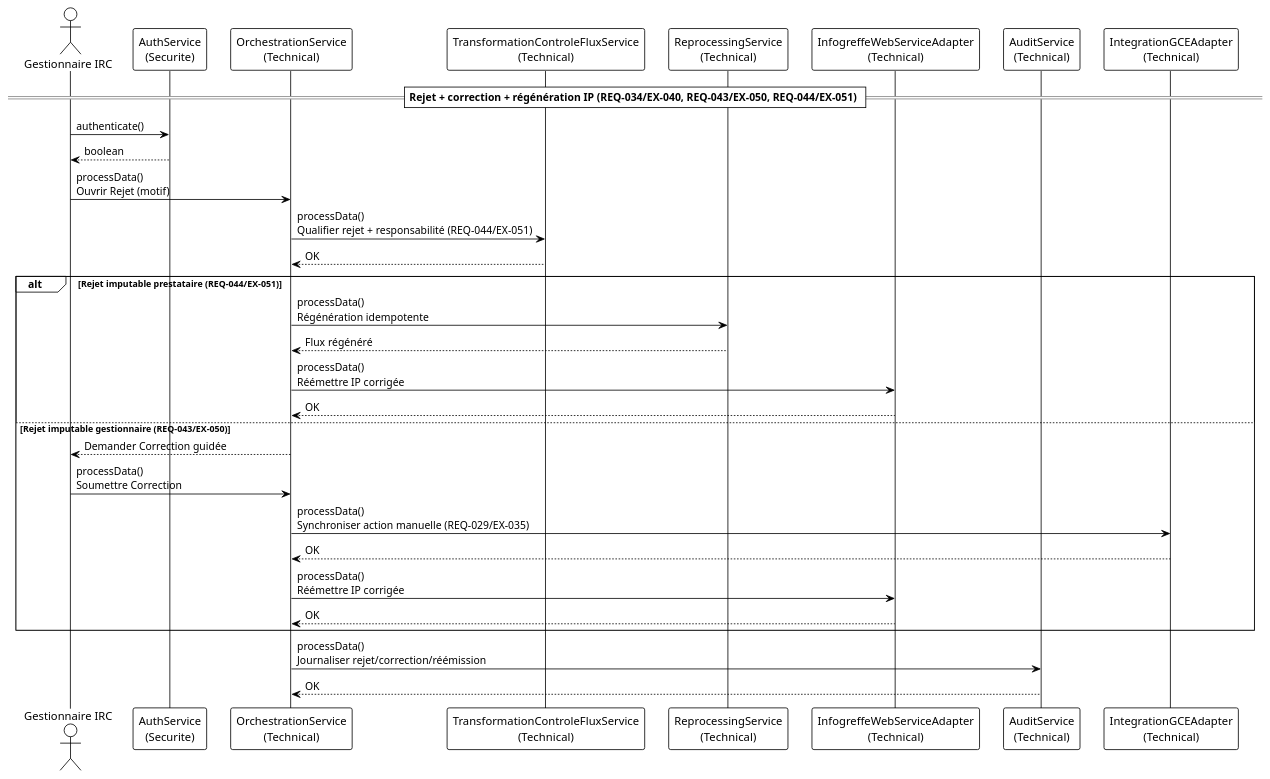
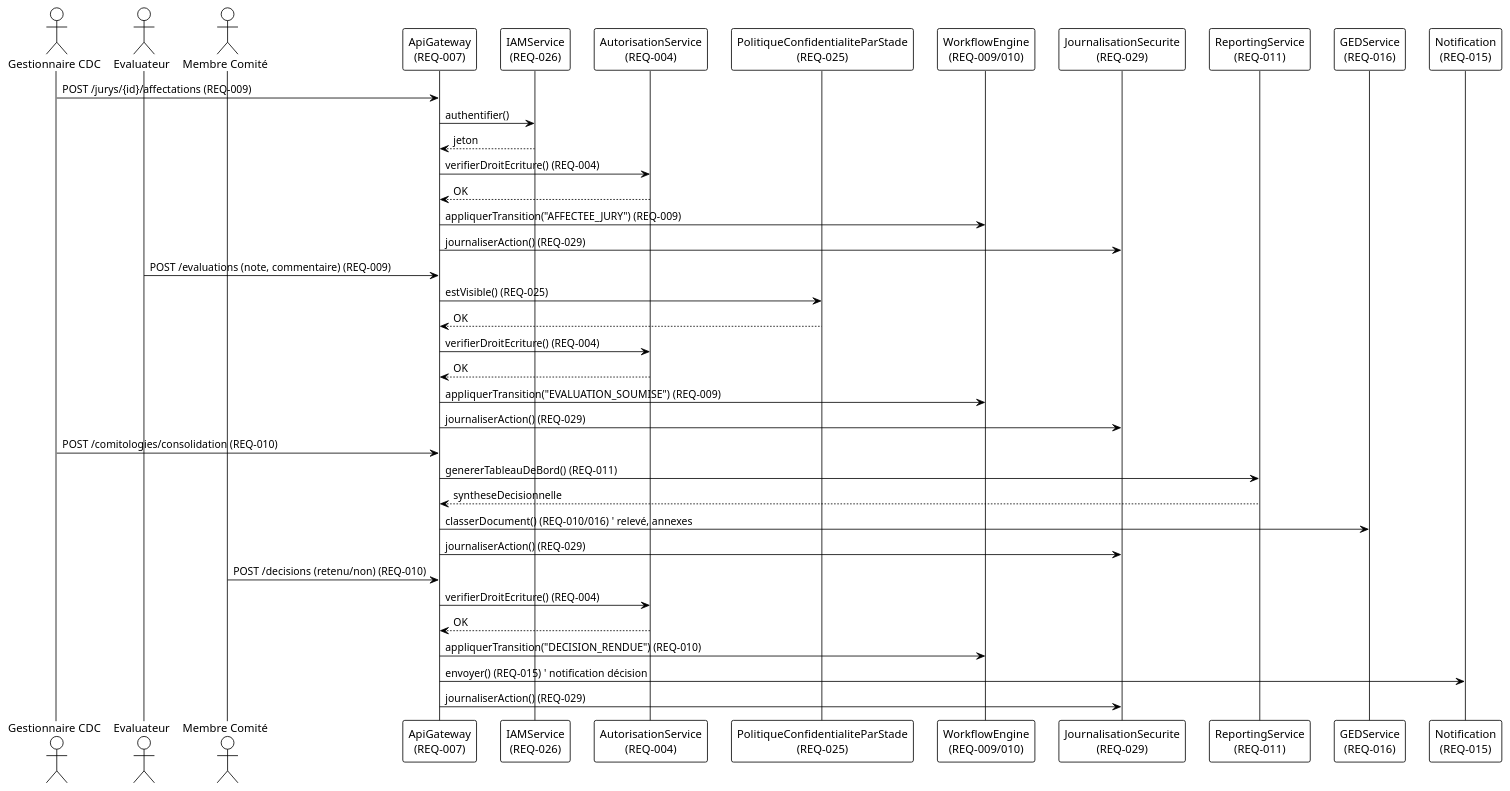
Before and after one commit to Modelio-R-D/ModelioAlchemist: the fourth of 6 diagrams in output/modele_donnees.puml, drawn with PlantUML. The commit also changed other lines of this file and 46 other files, not shown here.

```diff
--- a/output/modele_donnees.puml
+++ b/output/modele_donnees.puml
@@ -644,38 +783,47 @@
-@startuml Sequence_IP_Rejet_Regeneration
+@startuml Sequence_Evaluation_Decision
 !theme plain
 
-actor "Gestionnaire IRC" as Gestionnaire
-participant "AuthService\n(Securite)" as Auth
-participant "OrchestrationService\n(Technical)" as Orch
-participant "TransformationControleFluxService\n(Technical)" as Ctrl
-participant "ReprocessingService\n(Technical)" as Reproc
-participant "InfogreffeWebServiceAdapter\n(Technical)" as InfoG
-participant "AuditService\n(Technical)" as Audit
-participant "IntegrationGCEAdapter\n(Technical)" as GCE
+actor "Gestionnaire CDC" as Gestionnaire
+actor "Evaluateur" as Evaluateur
+actor "Membre Comité" as Comite
 
-== Rejet + correction + régénération IP (REQ-034/EX-040, REQ-043/EX-050, REQ-044/EX-051) ==
-Gestionnaire -> Auth : authenticate()
-Auth --> Gestionnaire : boolean
+participant "ApiGateway\n(REQ-007)" as API
+participant "IAMService\n(REQ-026)" as IAM
+participant "AutorisationService\n(REQ-004)" as AUTHZ
+participant "PolitiqueConfidentialiteParStade\n(REQ-025)" as CONF
+participant "WorkflowEngine\n(REQ-009/010)" as BPM
+participant "JournalisationSecurite\n(REQ-029)" as LOG
+participant "ReportingService\n(REQ-011)" as BI
+participant "GEDService\n(REQ-016)" as GED
+participant "Notification\n(REQ-015)" as NOTIF
 
-Gestionnaire -> Orch : processData()\nOuvrir Rejet (motif)
-Orch -> Ctrl : processData()\nQualifier rejet + responsabilité (REQ-044/EX-051)
-Ctrl --> Orch : OK
+Gestionnaire -> API : POST /jurys/{id}/affectations (REQ-009)
+API -> IAM : authentifier()
+IAM --> API : jeton
+API -> AUTHZ : verifierDroitEcriture() (REQ-004)
+AUTHZ --> API : OK
+API -> BPM : appliquerTransition("AFFECTEE_JURY") (REQ-009)
+API -> LOG : journaliserAction() (REQ-029)
 
-alt Rejet imputable prestataire (REQ-044/EX-051)
-  Orch -> Reproc : processData()\nRégénération idempotente
-  Reproc --> Orch : Flux régénéré
-  Orch -> InfoG : processData()\nRéémettre IP corrigée
-  InfoG --> Orch : OK
-else Rejet imputable gestionnaire (REQ-043/EX-050)
-  Orch --> Gestionnaire : Demander Correction guidée
-  Gestionnaire -> Orch : processData()\nSoumettre Correction
-  Orch -> GCE : processData()\nSynchroniser action manuelle (REQ-029/EX-035)
-  GCE --> Orch : OK
-  Orch -> InfoG : processData()\nRéémettre IP corrigée
-  InfoG --> Orch : OK
-end
+Evaluateur -> API : POST /evaluations (note, commentaire) (REQ-009)
+API -> CONF : estVisible() (REQ-025)
+CONF --> API : OK
+API -> AUTHZ : verifierDroitEcriture() (REQ-004)
+AUTHZ --> API : OK
+API -> BPM : appliquerTransition("EVALUATION_SOUMISE") (REQ-009)
+API -> LOG : journaliserAction() (REQ-029)
 
-Orch -> Audit : processData()\nJournaliser rejet/correction/réémission
-Audit --> Orch : OK
+Gestionnaire -> API : POST /comitologies/consolidation (REQ-010)
+API -> BI : genererTableauDeBord() (REQ-011)
+BI --> API : syntheseDecisionnelle
+API -> GED : classerDocument() (REQ-010/016) ' relevé, annexes
+API -> LOG : journaliserAction() (REQ-029)
+
+Comite -> API : POST /decisions (retenu/non) (REQ-010)
+API -> AUTHZ : verifierDroitEcriture() (REQ-004)
+AUTHZ --> API : OK
+API -> BPM : appliquerTransition("DECISION_RENDUE") (REQ-010)
+API -> NOTIF : envoyer() (REQ-015) ' notification décision
+API -> LOG : journaliserAction() (REQ-029)
 
 @enduml
```
